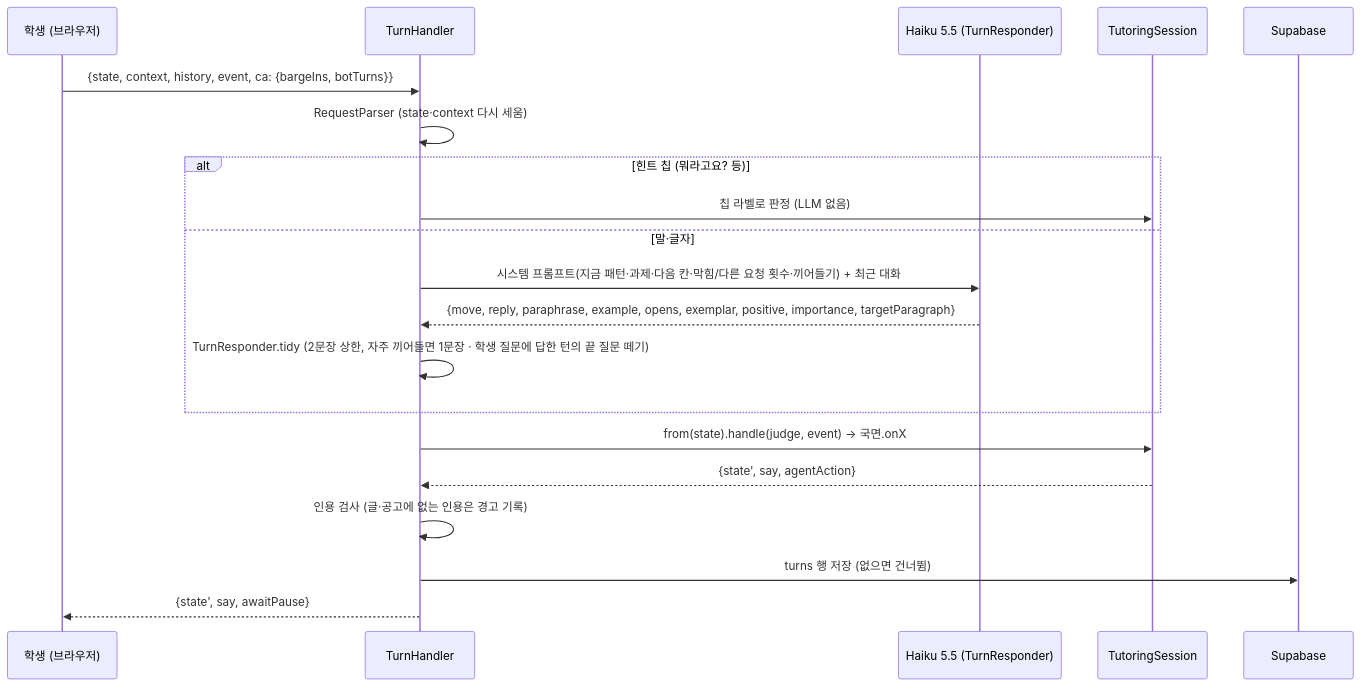
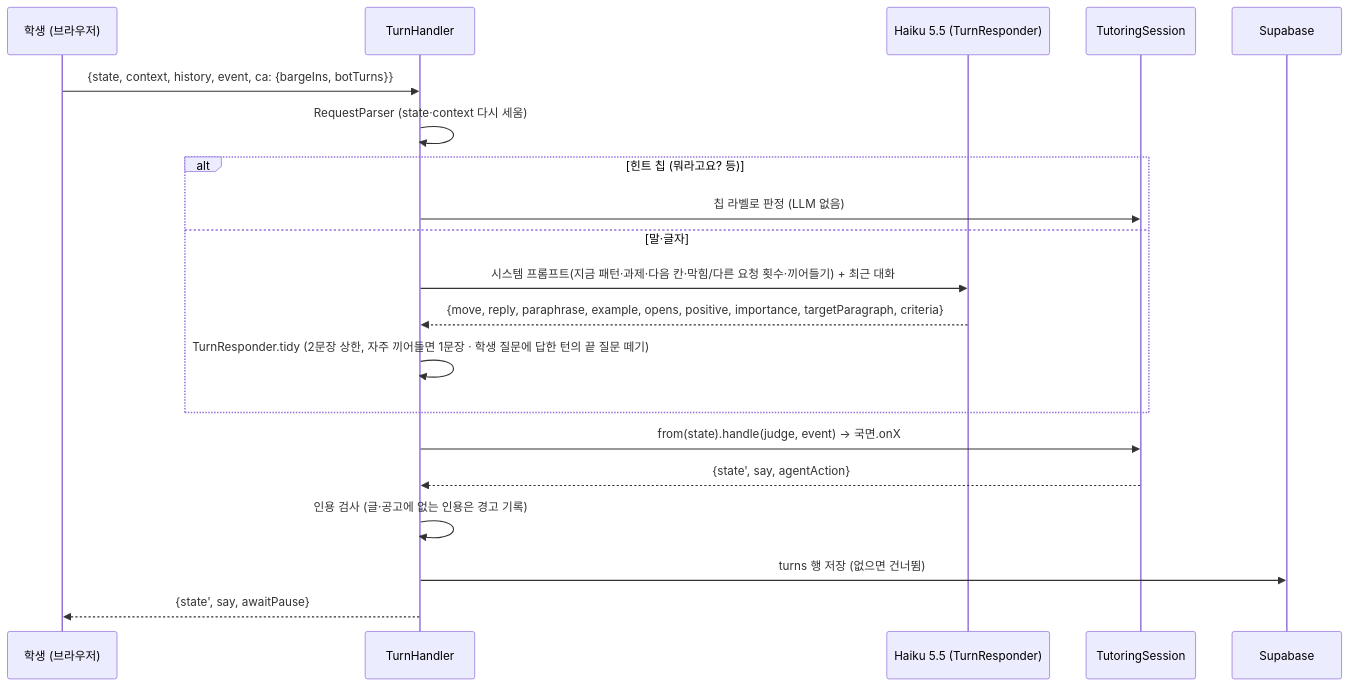
Before and after one commit to SogangCAAI/sogangwritemate_v0.3: the diagram in ARCHITECTURE.md, drawn with Mermaid. The commit also changed other lines of this file and 57 other files, not shown here.

````diff
--- a/ARCHITECTURE.md
+++ b/ARCHITECTURE.md
@@ -49,22 +49,22 @@
 ```mermaid
 sequenceDiagram
   participant S as 학생 (브라우저)
   participant T as TurnHandler
   participant H as Haiku 5.5 (TurnResponder)
   participant D as TutoringSession
   participant DB as Supabase
   S->>T: {state, context, history, event, ca: {bargeIns, botTurns}}
   T->>T: RequestParser (state·context 다시 세움)
   alt 힌트 칩 (뭐라고요? 등)
     T->>D: 칩 라벨로 판정 (LLM 없음)
   else 말·글자
     T->>H: 시스템 프롬프트(지금 패턴·과제·다음 칸·막힘/다른 요청 횟수·끼어들기) + 최근 대화
-    H-->>T: {move, reply, paraphrase, example, opens, exemplar, positive, importance, targetParagraph}
+    H-->>T: {move, reply, paraphrase, example, opens, positive, importance, targetParagraph, criteria}
     T->>T: TurnResponder.tidy (2문장 상한, 자주 끼어들면 1문장 · 학생 질문에 답한 턴의 끝 질문 떼기)
   end
   T->>D: from(state).handle(judge, event) → 국면.onX
   D-->>T: {state', say, agentAction}
   T->>T: 인용 검사 (글·공고에 없는 인용은 경고 기록)
   T->>DB: turns 행 저장 (없으면 건너뜀)
   T-->>S: {state', say, awaitPause}
 ```
````
